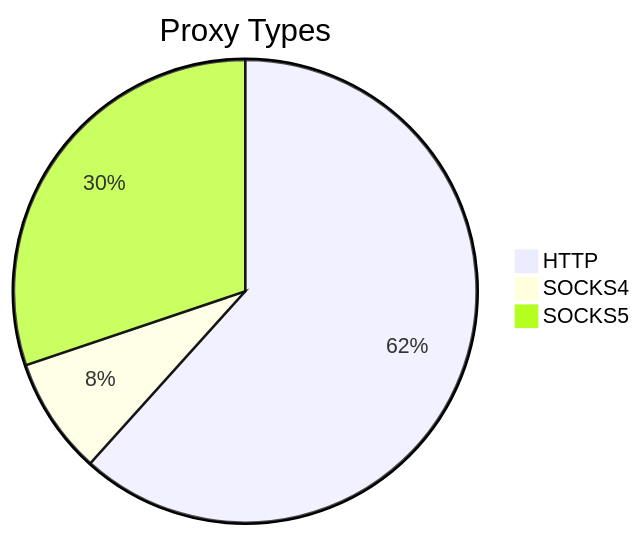
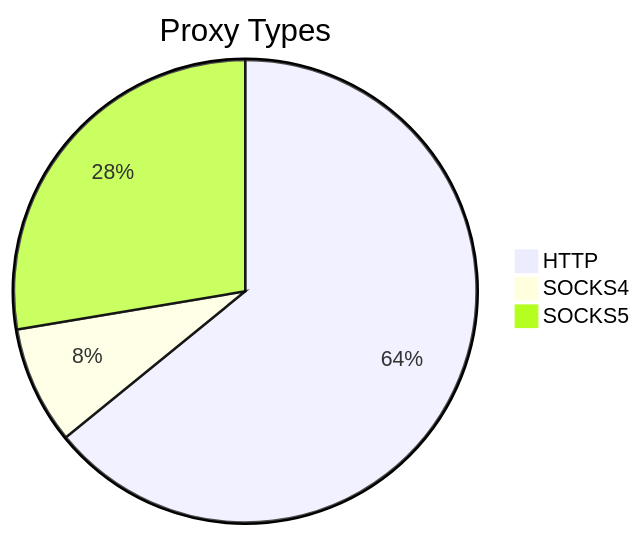
The first of 2 diagrams in README.md (stormsia/proxy-list), drawn with Mermaid before and after one commit. The commit also changed other lines of this file, not shown here.

````diff
--- a/README.md
+++ b/README.md
@@ -21,6 +21,6 @@
 ```mermaid
 pie title Proxy Types
-    "HTTP" : 325
-    "SOCKS4" : 43
-    "SOCKS5" : 159
+    "HTTP" : 327
+    "SOCKS4" : 42
+    "SOCKS5" : 141
 ```
````
